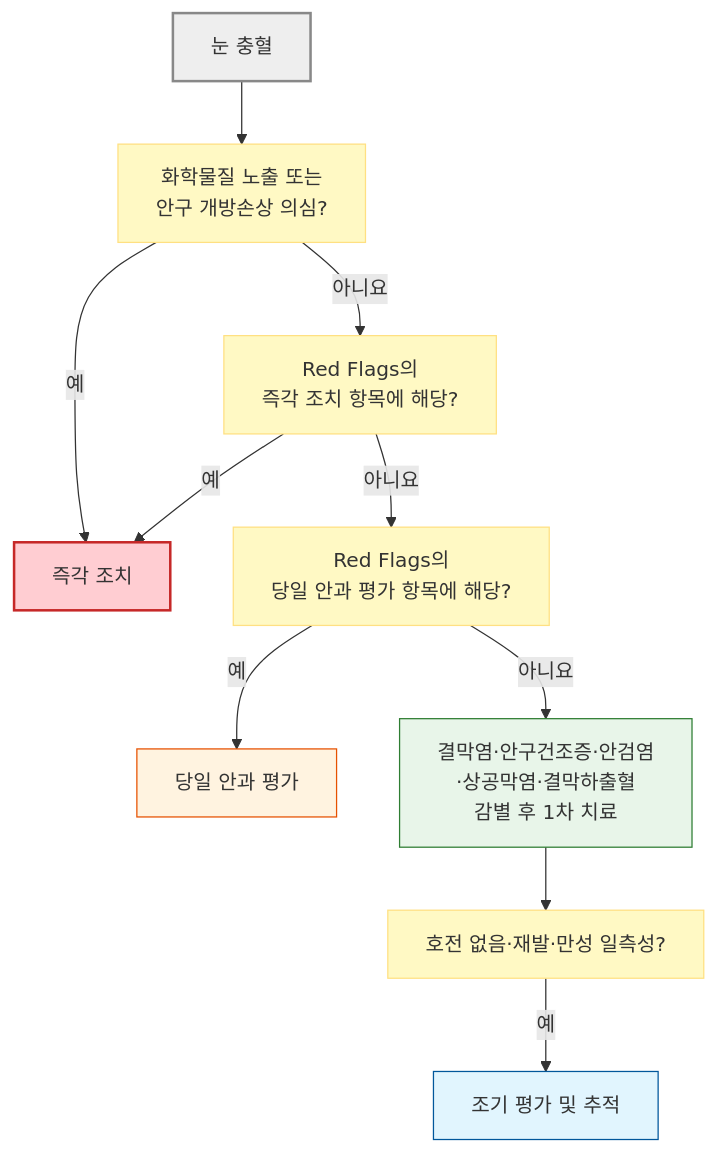
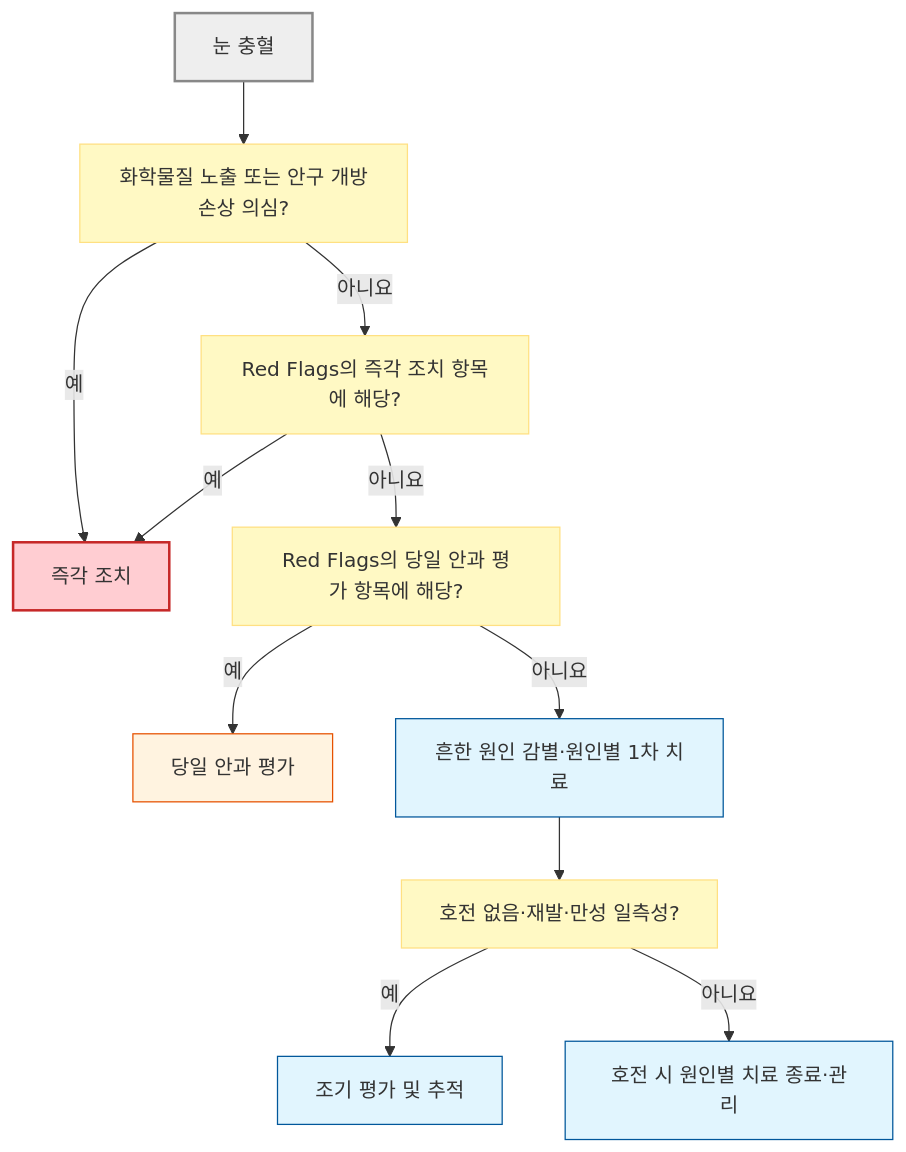
The first of 2 diagrams in 222_/037_-red-eye.md (familyoh77/familyoh77), drawn with Mermaid before and after one commit. The commit also changed other lines of this file and 9 other files, not shown here.

````diff
--- a/222_/037_-red-eye.md
+++ b/222_/037_-red-eye.md
@@ -130,19 +130,21 @@
 ```mermaid
 flowchart TD
-    A["눈 충혈"] --> B["화학물질 노출 또는 <br/>안구 개방손상 의심?"]
+    A["눈 충혈"] --> B["화학물질 노출 또는 안구 개방손상 의심?"]
     B -- "예" --> C["즉각 조치"]
-    B -- "아니요" --> D["Red Flags의 <br/>즉각 조치 항목에 해당?"]
+    B -- "아니요" --> D["Red Flags의 즉각 조치 항목에 해당?"]
     D -- "예" --> C
-    D -- "아니요" --> E["Red Flags의 <br/>당일 안과 평가 항목에 해당?"]
+    D -- "아니요" --> E["Red Flags의 당일 안과 평가 항목에 해당?"]
     E -- "예" --> F["당일 안과 평가"]
-    E -- "아니요" --> G["결막염·안구건조증·안검염<br/>·상공막염·결막하출혈 <br/>감별 후 1차 치료"]
+    E -- "아니요" --> G["흔한 원인 감별·원인별 1차 치료"]
     G --> H["호전 없음·재발·만성 일측성?"]
     H -- "예" --> I["조기 평가 및 추적"]
+    H -- "아니요" --> J["호전 시 원인별 치료 종료·관리"]
+    style J fill:#e1f5fe,stroke:#01579b
     style A fill:#eeeeee,stroke:#888888,stroke-width:2px
     classDef yellow fill:#fff9c4,stroke:#ffe082
     class B,D,E,H yellow
     style C fill:#ffcdd2,stroke:#c62828,stroke-width:2px
     style F fill:#fff3e0,stroke:#e65100
     style I fill:#e1f5fe,stroke:#01579b
-    style G fill:#e8f5e9,stroke:#2e7d32
+    style G fill:#e1f5fe,stroke:#01579b
 ```
````
